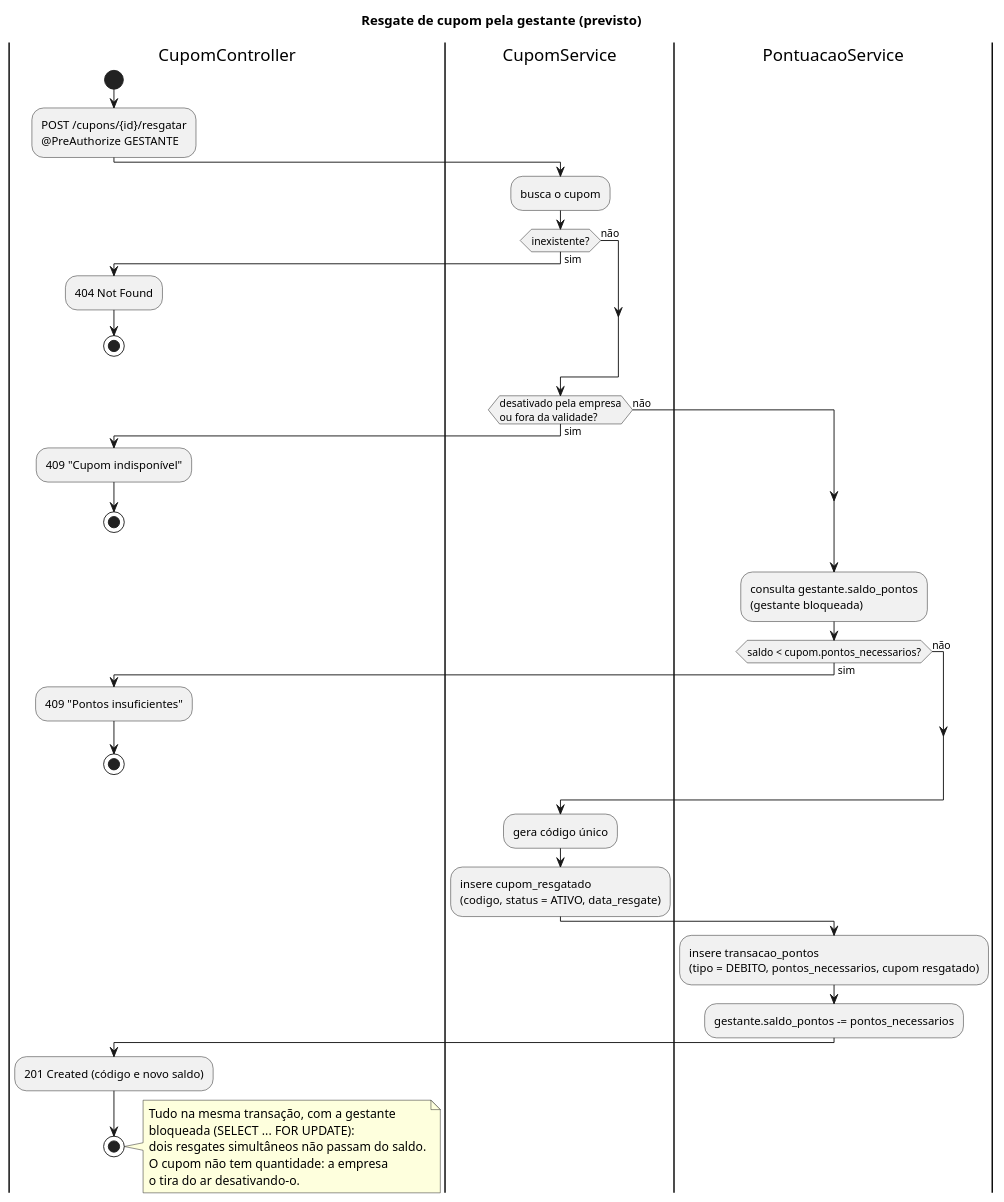
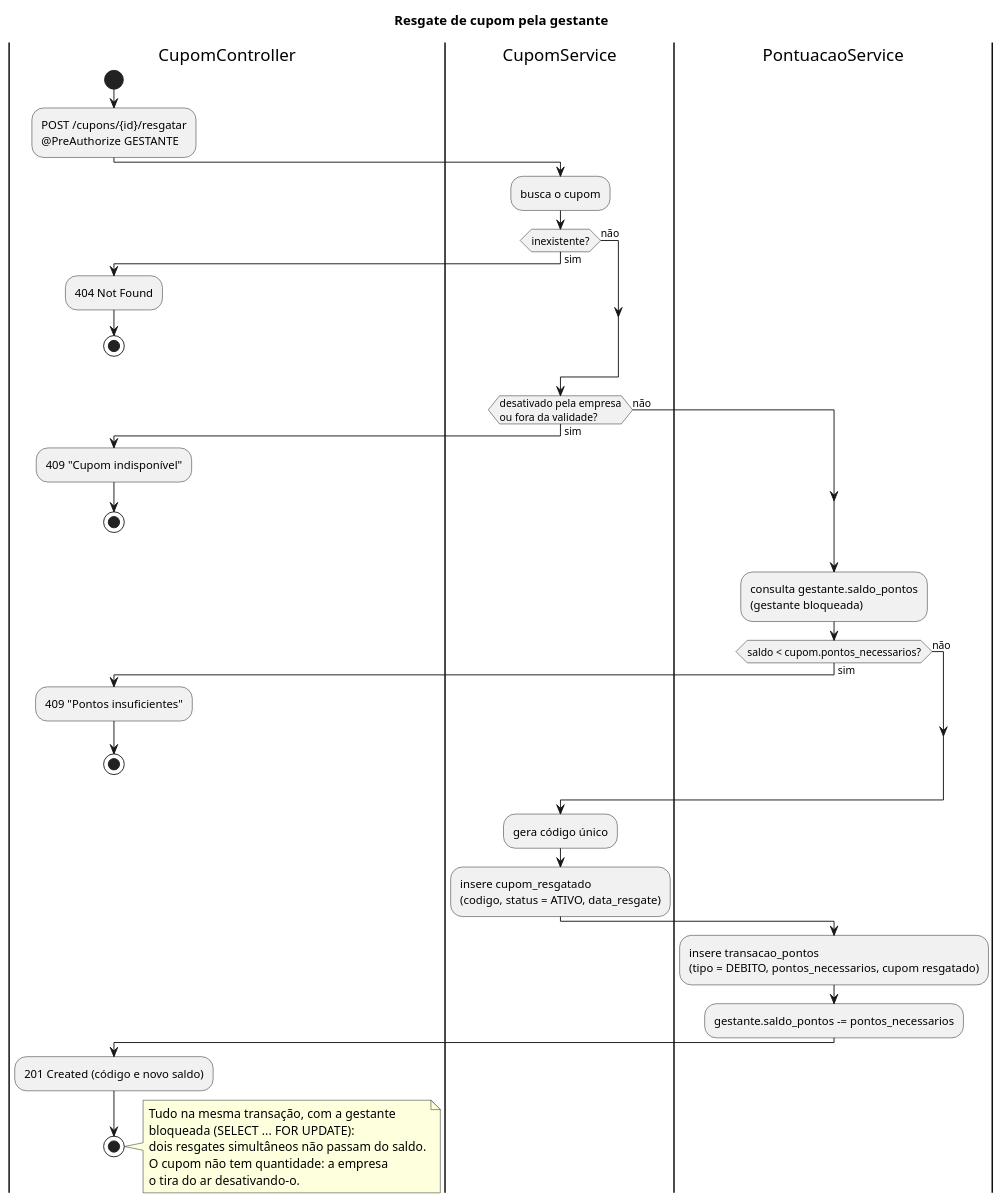
The diagram in docs/implementation-diagrams/resgate-cupom/resgate-cupom.puml (CozyShelf/previna-backend), drawn with PlantUML before and after one commit. The commit also changed 21 other files, not shown here.

First line of the commit message:
feat: resgate de cupons pela gestante com os pontos

```diff
--- a/docs/implementation-diagrams/resgate-cupom/resgate-cupom.puml
+++ b/docs/implementation-diagrams/resgate-cupom/resgate-cupom.puml
@@ -1,58 +1,58 @@
 @startuml resgate-cupom
-title Resgate de cupom pela gestante (previsto)
+title Resgate de cupom pela gestante
 
 |CupomController|
 start
 :POST /cupons/{id}/resgatar
 @PreAuthorize GESTANTE;
 
 |CupomService|
 :busca o cupom;
 if (inexistente?) then (sim)
   |CupomController|
   :404 Not Found;
   stop
 else (não)
 endif
 |CupomService|
 if (desativado pela empresa
 ou fora da validade?) then (sim)
   |CupomController|
   :409 "Cupom indisponível";
   stop
 else (não)
 endif
 
 |PontuacaoService|
 :consulta gestante.saldo_pontos
 (gestante bloqueada);
 if (saldo < cupom.pontos_necessarios?) then (sim)
   |CupomController|
   :409 "Pontos insuficientes";
   stop
 else (não)
 endif
 
 |CupomService|
 :gera código único;
 :insere cupom_resgatado
 (codigo, status = ATIVO, data_resgate);
 
 |PontuacaoService|
 :insere transacao_pontos
 (tipo = DEBITO, pontos_necessarios, cupom resgatado);
 :gestante.saldo_pontos -= pontos_necessarios;
 
 |CupomController|
 :201 Created (código e novo saldo);
 stop
 
 note right
   Tudo na mesma transação, com a gestante
   bloqueada (SELECT ... FOR UPDATE):
   dois resgates simultâneos não passam do saldo.
   O cupom não tem quantidade: a empresa
   o tira do ar desativando-o.
 end note
 
 @enduml
```
